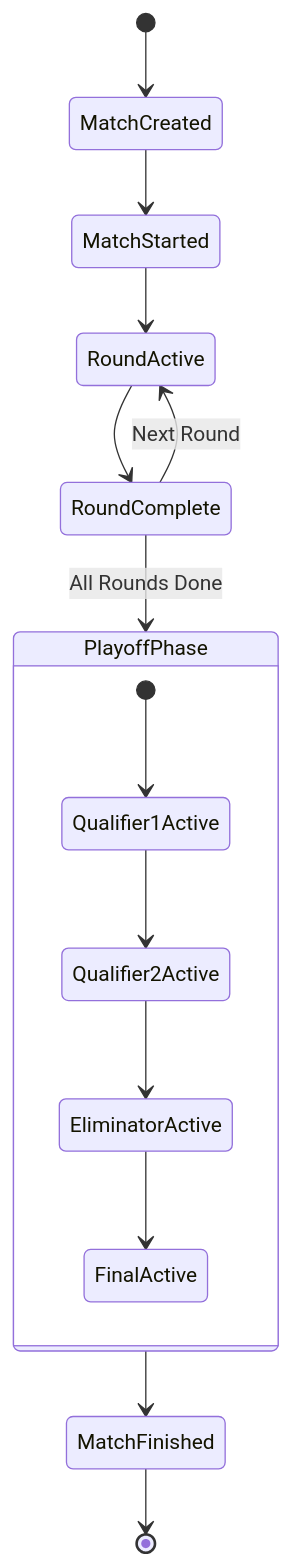
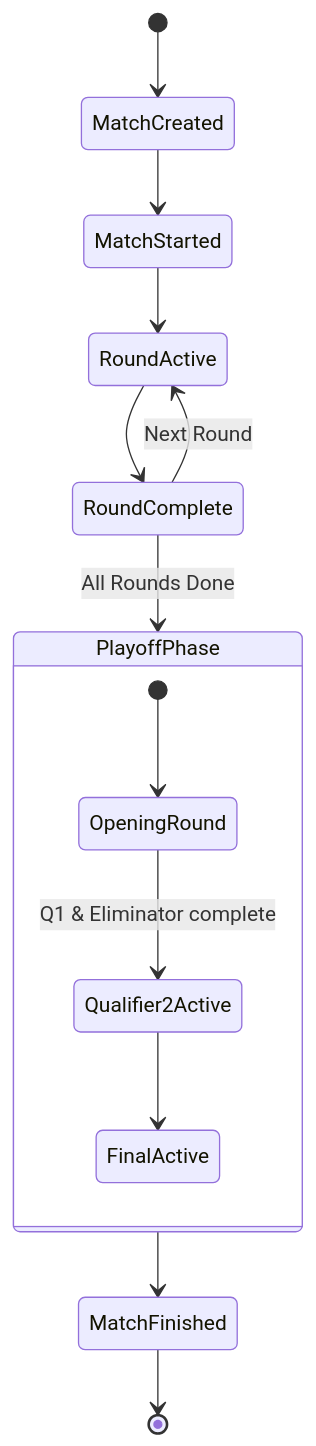
One commit to Sashwat07/dartpulse changed the third of 9 diagrams in docs/architecture.md. Above: the diagram before and after it, drawn with Mermaid. The commit also changed other lines of this file and 50 other files, not shown here.

````diff
--- a/docs/architecture.md
+++ b/docs/architecture.md
@@ -219,19 +219,18 @@
 ```mermaid
 stateDiagram-v2
     [*] --> MatchCreated
     MatchCreated --> MatchStarted
     MatchStarted --> RoundActive
     RoundActive --> RoundComplete
     RoundComplete --> RoundActive : Next Round
     RoundComplete --> PlayoffPhase : All Rounds Done
     
     state PlayoffPhase {
-        [*] --> Qualifier1Active
-        Qualifier1Active --> Qualifier2Active
-        Qualifier2Active --> EliminatorActive
-        EliminatorActive --> FinalActive
+        [*] --> OpeningRound
+        OpeningRound --> Qualifier2Active : Q1 & Eliminator complete
+        Qualifier2Active --> FinalActive
     }
     
     PlayoffPhase --> MatchFinished
     MatchFinished --> [*]
 ```
````
